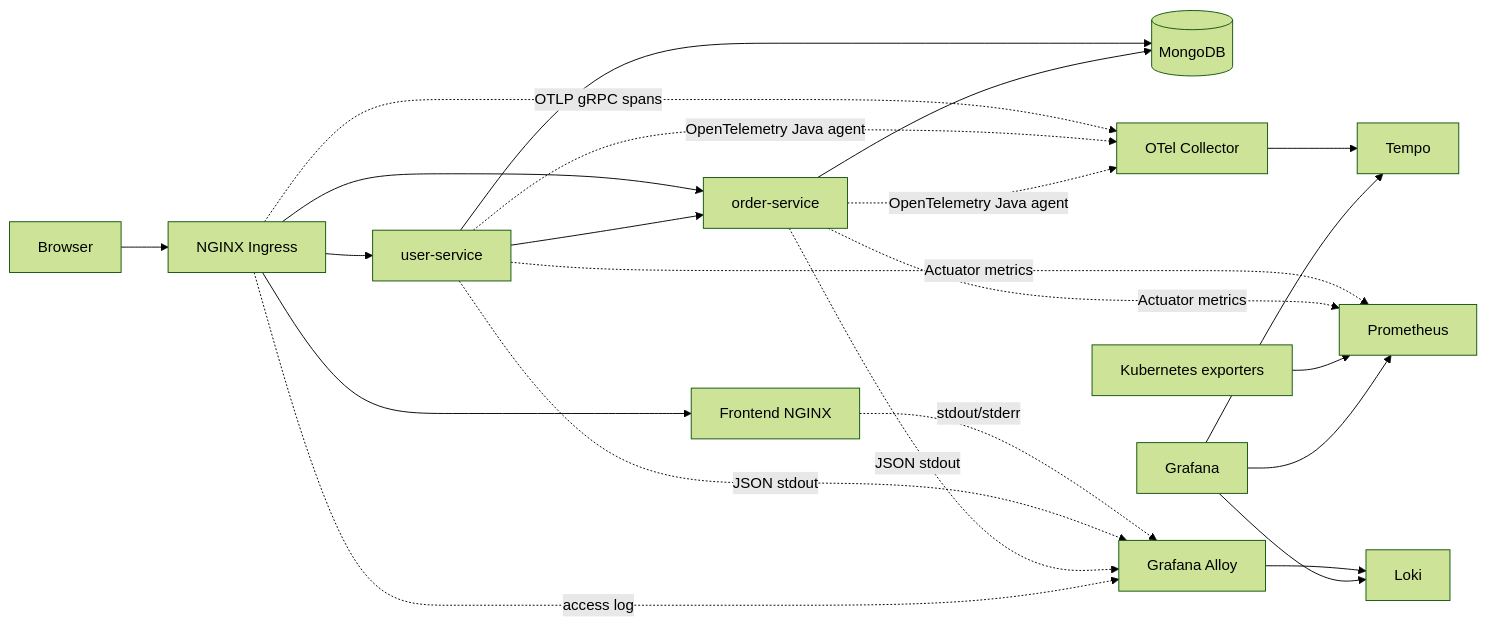
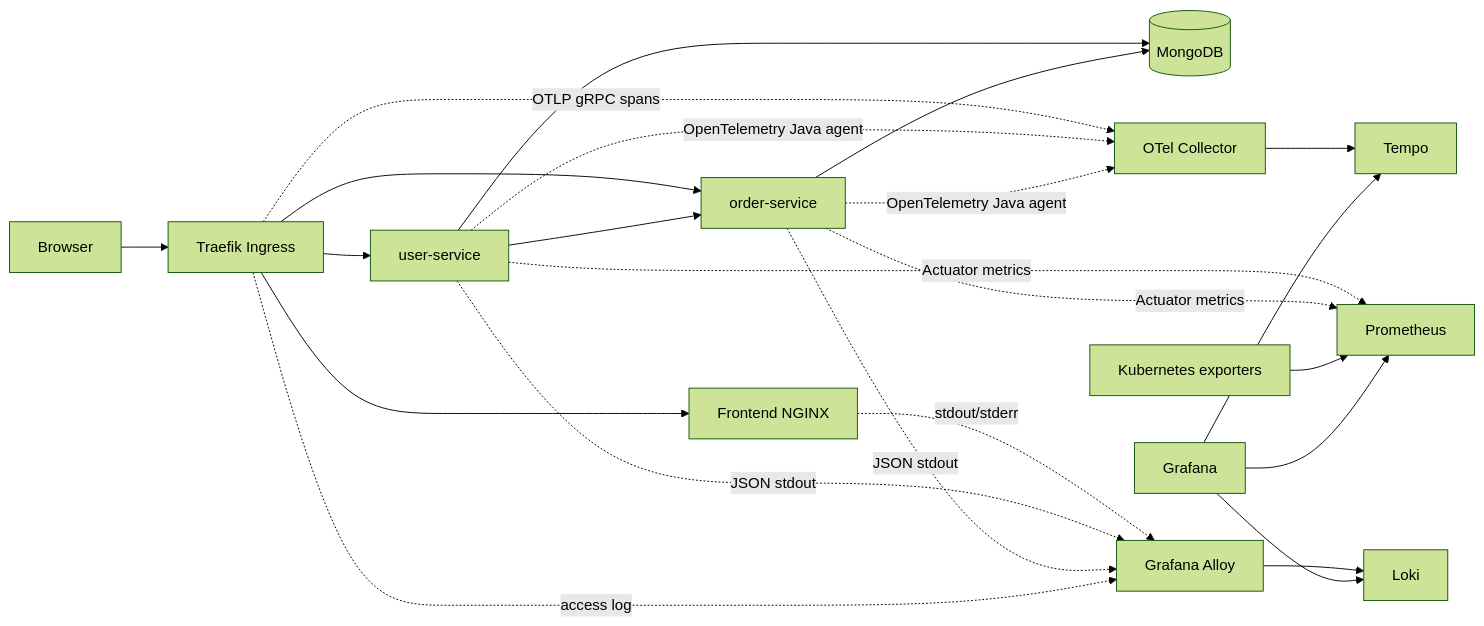
Before and after one commit to kumarisback/gitops: the diagram in LOCAL-LAB-GUIDE.md, drawn with Mermaid (forest theme). The commit also changed other lines of this file and 9 other files, not shown here.

````diff
--- a/LOCAL-LAB-GUIDE.md
+++ b/LOCAL-LAB-GUIDE.md
@@ -211,28 +215,28 @@
 ```mermaid
 flowchart LR
-  B[Browser] --> I[NGINX Ingress]
+  B[Browser] --> I[Traefik Ingress]
   I --> F[Frontend NGINX]
   I --> U[user-service]
   I --> O[order-service]
   U --> O
   U --> M[(MongoDB)]
   O --> M
 
   F -. stdout/stderr .-> P[Grafana Alloy]
   U -. JSON stdout .-> P
   O -. JSON stdout .-> P
   I -. access log .-> P
   P --> L[Loki]
   G[Grafana] --> L
 
   I -. OTLP gRPC spans .-> C[OTel Collector]
   U -. OpenTelemetry Java agent .-> C
   O -. OpenTelemetry Java agent .-> C
   C --> T[Tempo]
   G --> T
 
   U -. Actuator metrics .-> R[Prometheus]
   O -. Actuator metrics .-> R
   K[Kubernetes exporters] --> R
   G --> R
 ```
````
